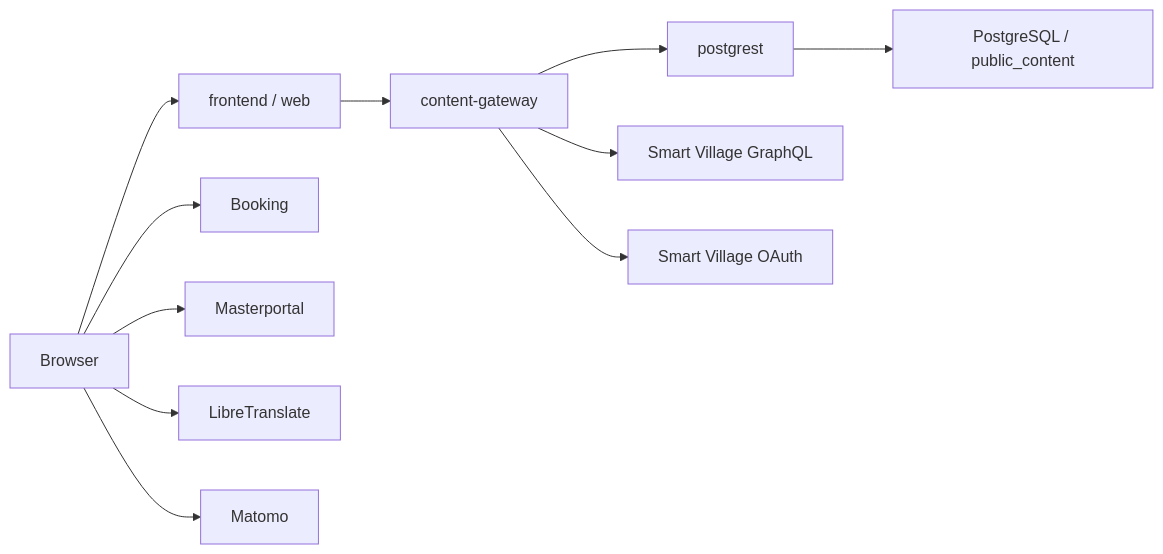
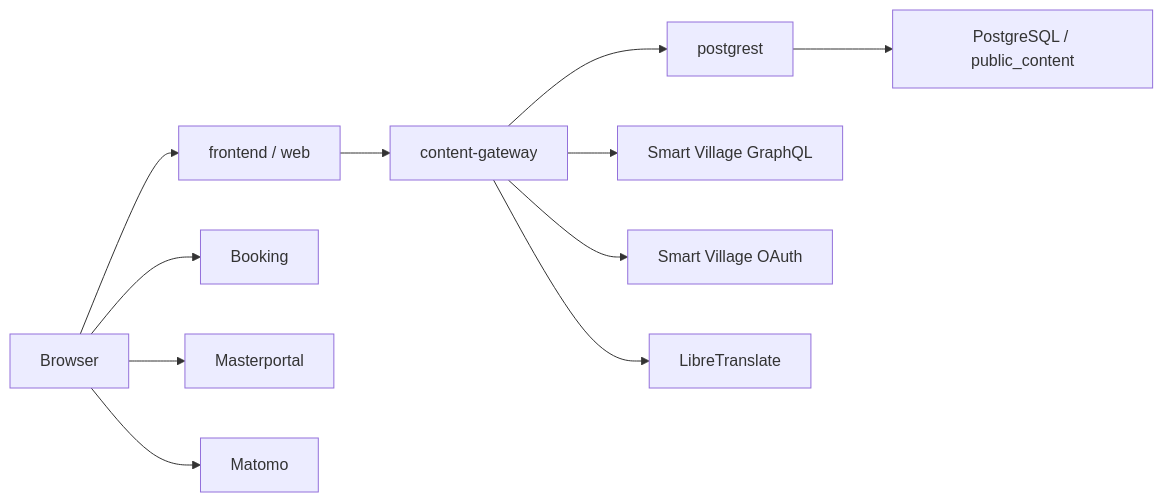
One commit to smart-village-solutions/guben-cockpit-old changed the diagram in docs/system-documentation.md. Above: the diagram before and after it, drawn with Mermaid. The commit also changed 20 other files, not shown here.

````diff
--- a/docs/system-documentation.md
+++ b/docs/system-documentation.md
@@ -23,14 +23,14 @@
 ```mermaid
 flowchart LR
   Browser --> Web["frontend / web"]
   Web --> Gateway["content-gateway"]
   Gateway --> PostgREST["postgrest"]
   PostgREST --> PostgreSQL["PostgreSQL / public_content"]
   Gateway --> SmartVillage["Smart Village GraphQL"]
   Gateway --> OAuth["Smart Village OAuth"]
 
   Browser --> Booking["Booking"]
   Browser --> Masterportal["Masterportal"]
-  Browser --> Translate["LibreTranslate"]
+  Gateway --> Translate["LibreTranslate"]
   Browser --> Matomo["Matomo"]
 ```
````
